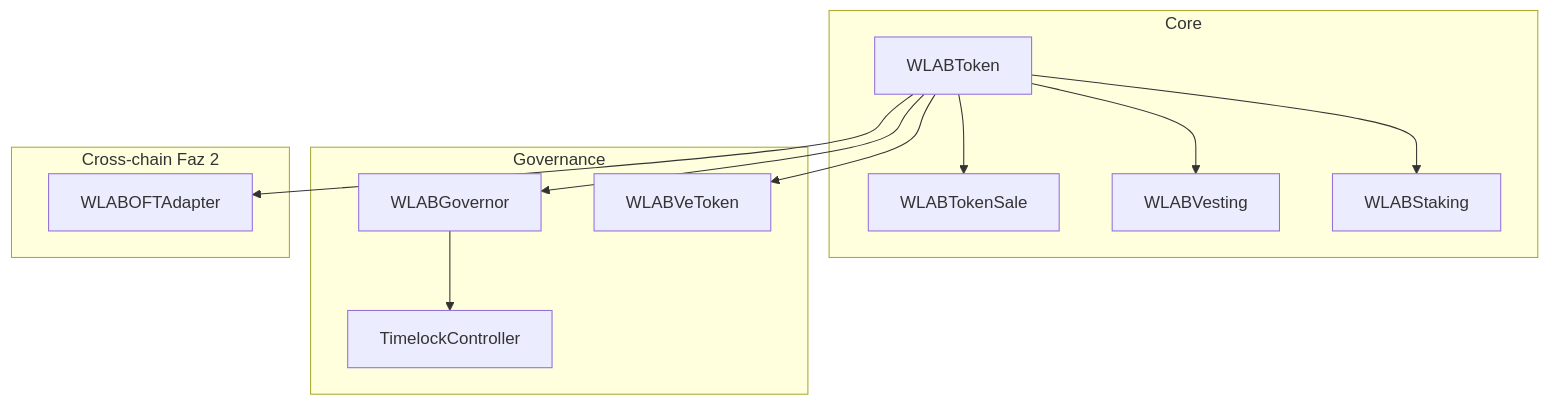
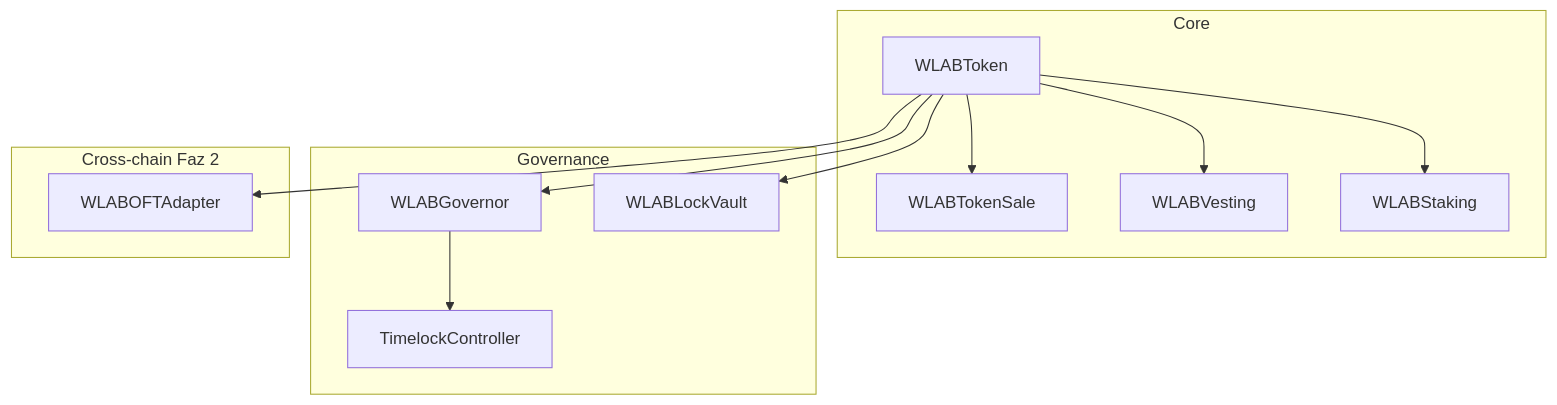
Before and after one commit to vantablack-git/white-lab-ltd: the diagram in SUNUM.md, drawn with Mermaid. The commit also changed other lines of this file and 28 other files, not shown here.

````diff
--- a/SUNUM.md
+++ b/SUNUM.md
@@ -33,24 +33,24 @@
 ```mermaid
 flowchart TB
   subgraph core [Core]
     T[WLABToken]
     S[WLABTokenSale]
     V[WLABVesting]
     ST[WLABStaking]
   end
   subgraph gov [Governance]
     G[WLABGovernor]
     TL[TimelockController]
-    VE[WLABVeToken]
+    LV[WLABLockVault]
   end
   subgraph bridge [Cross-chain Faz 2]
     OFT[WLABOFTAdapter]
   end
   T --> S
   T --> V
   T --> ST
   T --> G
   G --> TL
-  T --> VE
+  T --> LV
   T --> OFT
 ```
````
